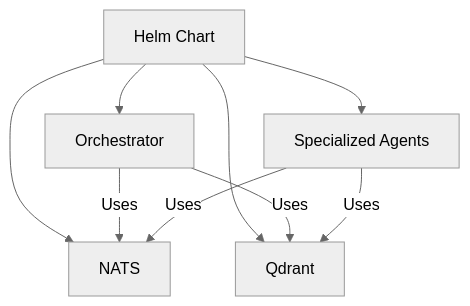
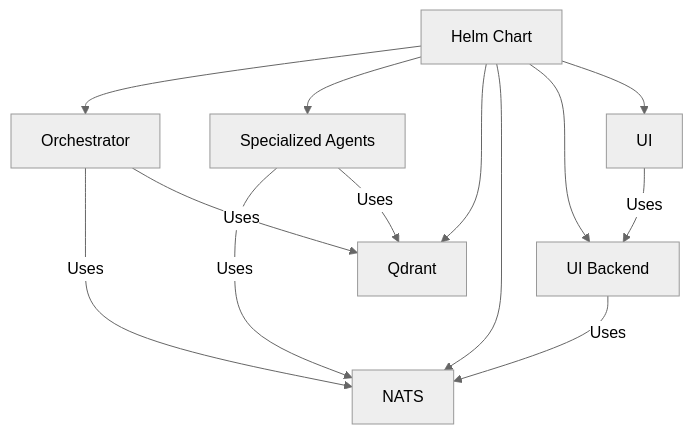
Before and after one commit to upendrasahu/observability-agent: the second of 2 diagrams in docs/ARCHITECTURE.md, drawn with Mermaid (neutral theme). The commit also changed other lines of this file and 76 other files, not shown here.

````diff
--- a/docs/ARCHITECTURE.md
+++ b/docs/ARCHITECTURE.md
@@ -307,12 +323,16 @@
 ```mermaid
 graph TD
     A[Helm Chart] --> B[Orchestrator]
     A --> C[Specialized Agents]
     A --> D[Qdrant]
     A --> E[NATS]
-    
+    A --> F[UI Backend]
+    A --> G[UI]
+
     B -->|Uses| E
     B -->|Uses| D
     C -->|Uses| E
     C -->|Uses| D
+    F -->|Uses| E
+    G -->|Uses| F
 ```
````
